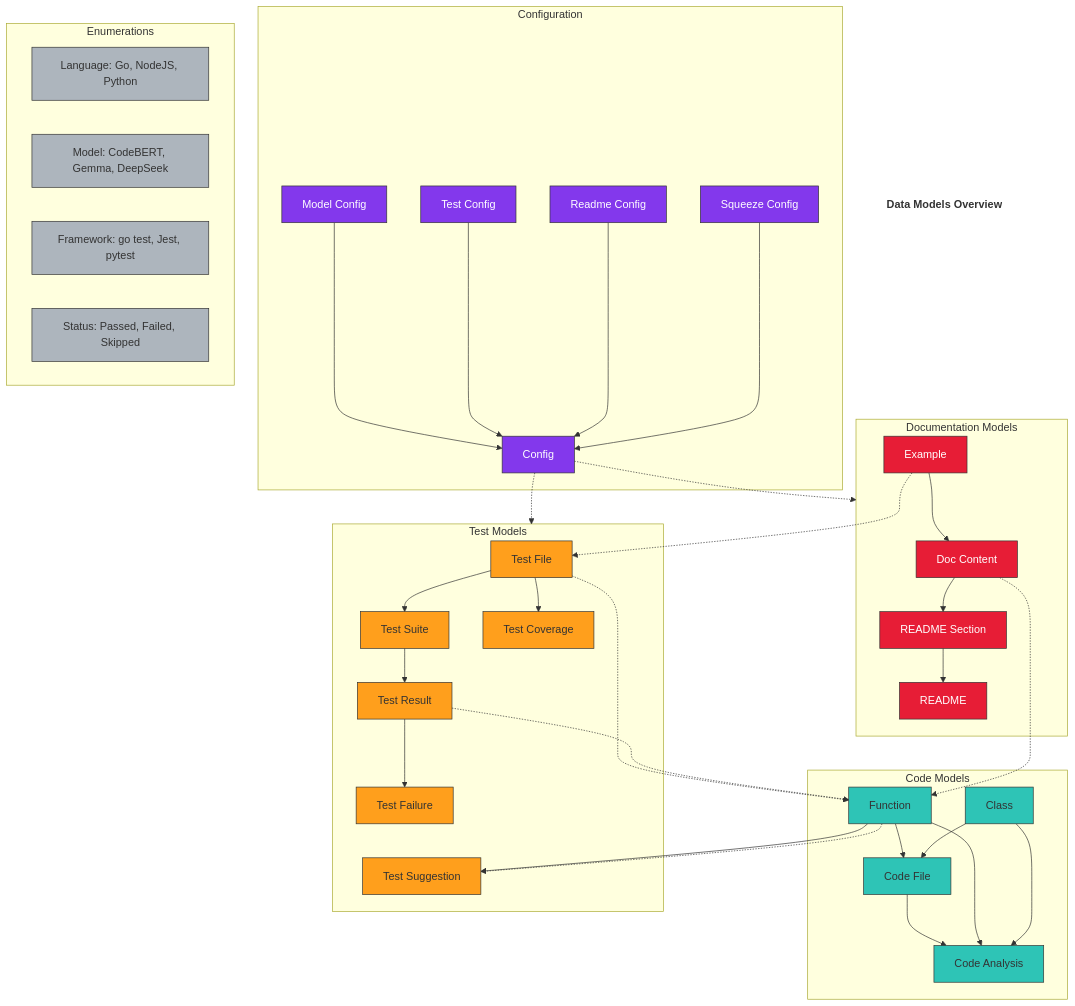
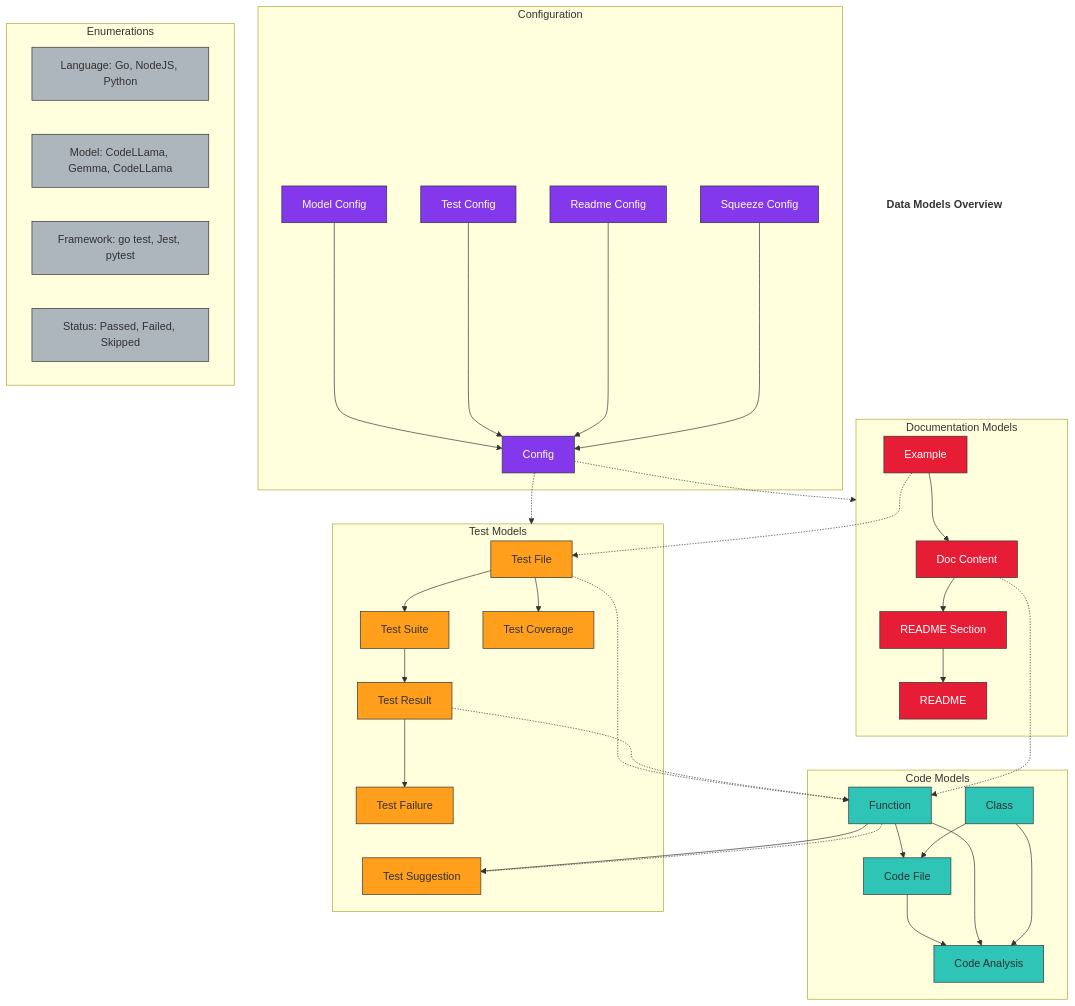
The diagram in docs/diagrams/data-models.mmd (Drecoder/spoke-tool), drawn with Mermaid before and after one commit.

Commit message:
Revise data models diagram with new enumerations
Updated enumerations in the data models diagram.

```diff
--- a/docs/diagrams/data-models.mmd
+++ b/docs/diagrams/data-models.mmd
@@ -1,83 +1,84 @@
 graph TD
     title["<b>Data Models Overview</b>"]
     style title fill:#fff,stroke:#333,stroke-width:0px,color:#333
     
     subgraph Code[Code Models]
         CF[Code File]
         FN[Function]
         CL[Class]
         CA[Code Analysis]
         
         CF --> CA
         FN --> CA
         CL --> CA
         FN --> CF
         CL --> CF
     end
     
     subgraph Test[Test Models]
         TF[Test File]
         TR[Test Result]
         TS[Test Suite]
         TFAIL[Test Failure]
         TSUG[Test Suggestion]
         TCOV[Test Coverage]
         
         TF --> TS
         TS --> TR
         TR --> TFAIL
         FN --> TSUG
         TF --> TCOV
     end
     
     subgraph Doc[Documentation Models]
         DC[Doc Content]
         RE[README]
         RS[README Section]
         EX[Example]
         
         EX --> DC
         DC --> RS
         RS --> RE
     end
     
     subgraph Config[Configuration]
         C[Config]
         MC[Model Config]
         TC[Test Config]
         RC[Readme Config]
         SC[Squeeze Config]
         
         MC --> C
         TC --> C
         RC --> C
         SC --> C
     end
     
     subgraph Enum[Enumerations]
         L[Language: Go, NodeJS, Python]
-        MF[Model: CodeBERT, Gemma, DeepSeek]
+        MF[Model: CodeLLama, Gemma, CodeLLama]
         FR[Framework: go test, Jest, pytest]
         ST[Status: Passed, Failed, Skipped]
     end
     
     %% Relationships
     FN -.-> TSUG
     TF -.-> FN
     TR -.-> FN
     DC -.-> FN
     EX -.-> TF
     C -.-> Test
     C -.-> Doc
     
     classDef code fill:#2ec4b6,stroke:#333,color:#333
     classDef test fill:#ff9f1c,stroke:#333,color:#333
     classDef doc fill:#e71d36,stroke:#333,color:#fff
     classDef config fill:#8338ec,stroke:#333,color:#fff
     classDef enum fill:#adb5bd,stroke:#333,color:#333
     
     class CF,FN,CL,CA code
     class TF,TR,TS,TFAIL,TSUG,TCOV test
     class DC,RE,RS,EX doc
     class C,MC,TC,RC,SC config
+
     class L,MF,FR,ST enum
```
